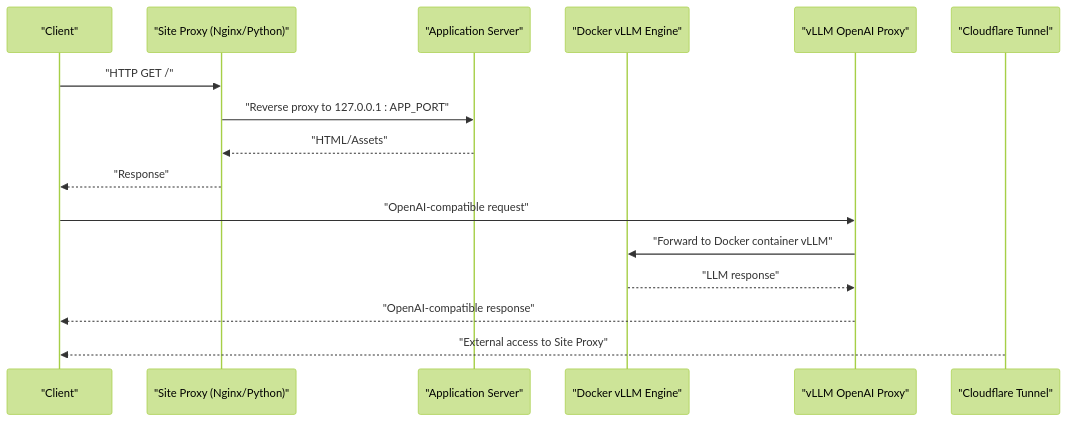
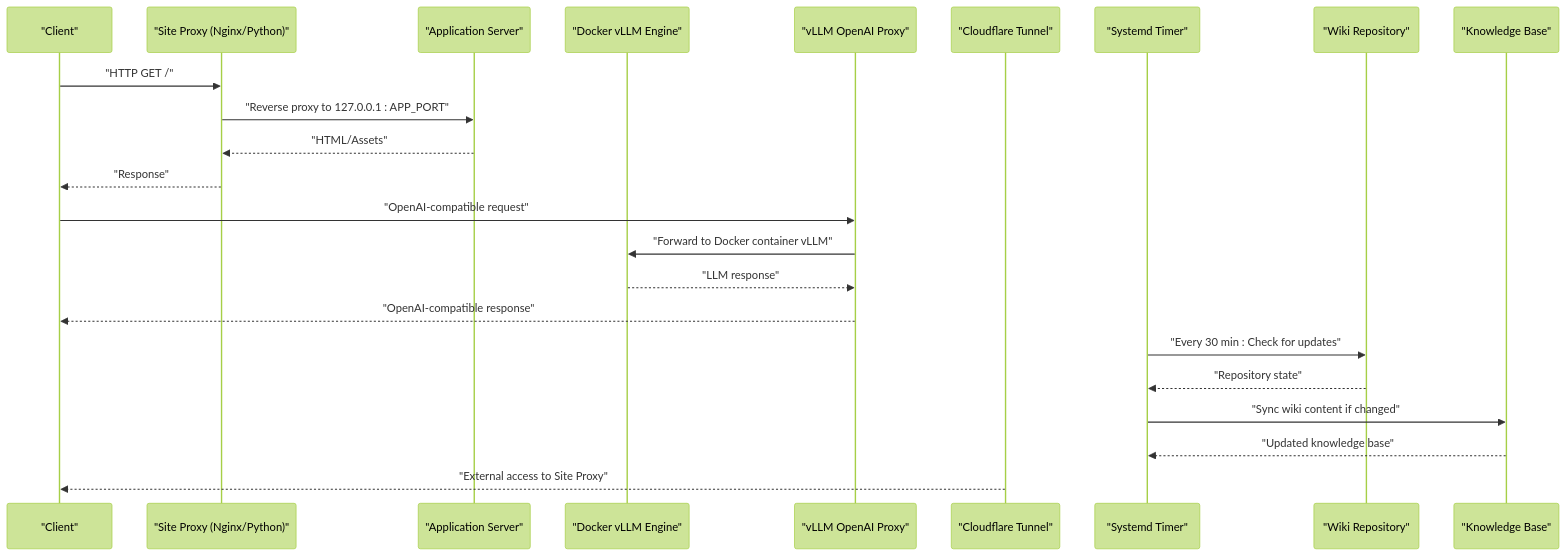
Before and after one commit to intellistream/sage-mate: the second of 10 diagrams in .qoder/repowiki/en/content/Deployment and Operations/Systemd Services.md, drawn with Mermaid (forest theme). The commit also changed other lines of this file and 115 other files, not shown here.

````diff
--- a/.qoder/repowiki/en/content/Deployment and Operations/Systemd Services.md
+++ b/.qoder/repowiki/en/content/Deployment and Operations/Systemd Services.md
@@ -152,18 +177,25 @@
 ```mermaid
 sequenceDiagram
 participant Client as "Client"
 participant Site as "Site Proxy (Nginx/Python)"
 participant App as "Application Server"
 participant Engine as "Docker vLLM Engine"
 participant Proxy as "vLLM OpenAI Proxy"
 participant Tunnel as "Cloudflare Tunnel"
+participant Timer as "Systemd Timer"
+participant Wiki as "Wiki Repository"
+participant KB as "Knowledge Base"
 Client->>Site : "HTTP GET /"
 Site->>App : "Reverse proxy to 127.0.0.1 : APP_PORT"
 App-->>Site : "HTML/Assets"
 Site-->>Client : "Response"
 Client->>Proxy : "OpenAI-compatible request"
 Proxy->>Engine : "Forward to Docker container vLLM"
 Engine-->>Proxy : "LLM response"
 Proxy-->>Client : "OpenAI-compatible response"
+Timer->>Wiki : "Every 30 min : Check for updates"
+Wiki-->>Timer : "Repository state"
+Timer->>KB : "Sync wiki content if changed"
+KB-->>Timer : "Updated knowledge base"
 Tunnel-->>Client : "External access to Site Proxy"
 ```
````
